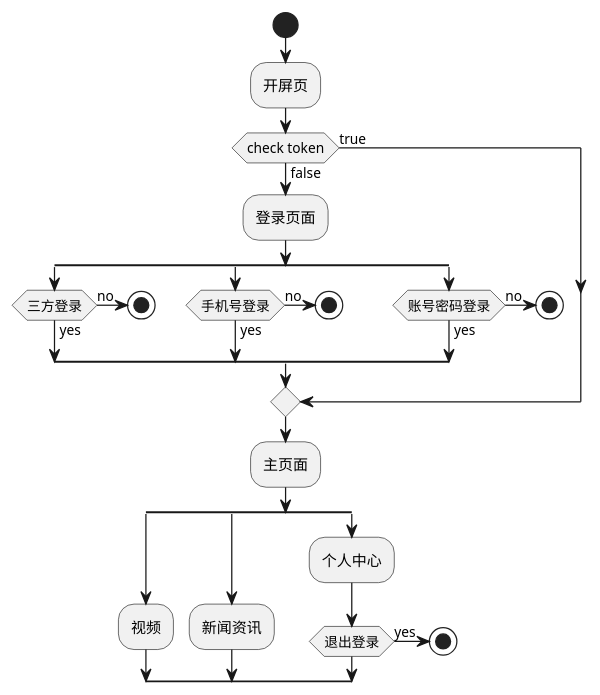
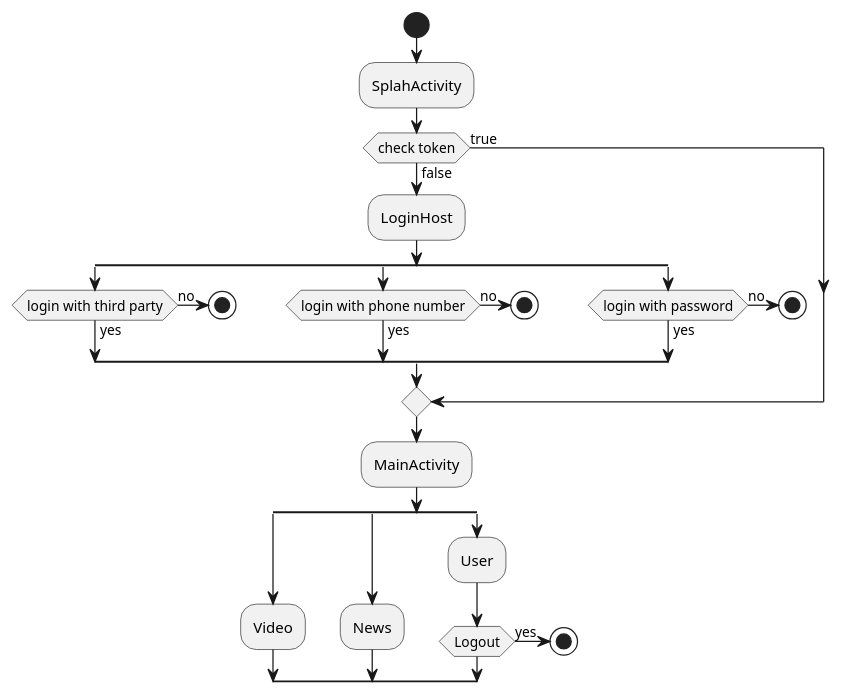
One commit to ehnait/mvvm-samples changed the diagram in uml/功能活动图.puml. Above: the diagram before and after it, drawn with PlantUML. The commit also changed 5 other files, not shown here.

```diff
--- a/uml/功能活动图.puml
+++ b/uml/功能活动图.puml
@@ -1,43 +1,42 @@
 @startuml
 'https://plantuml.com/activity-diagram-beta
 
 start
-:开屏页;
+:SplahActivity;
 if (check token) then (true)
 else (false)
- :登录页面;
+ :LoginHost;
  split
-   if (三方登录) then (yes)
+   if (login with third party) then (yes)
    else(no)
     stop
    endif
  split again
-     if (手机号登录) then (yes)
+     if (login with phone number) then (yes)
        else(no)
         stop
        endif
  split again
-    if (账号密码登录) then (yes)
+    if (login with password) then (yes)
            else(no)
             stop
            endif
  end split
 
 endif
 
- :主页面;
+ :MainActivity;
     split
-    :视频;
+    :Video;
  split again
-    :新闻资讯;
+    :News;
  split again
-    :个人中心;
- if (退出登录) then (yes)
+    :User;
+ if (Logout) then (yes)
     stop
      else
     endif
  end split
 
 
-
 @enduml
```
